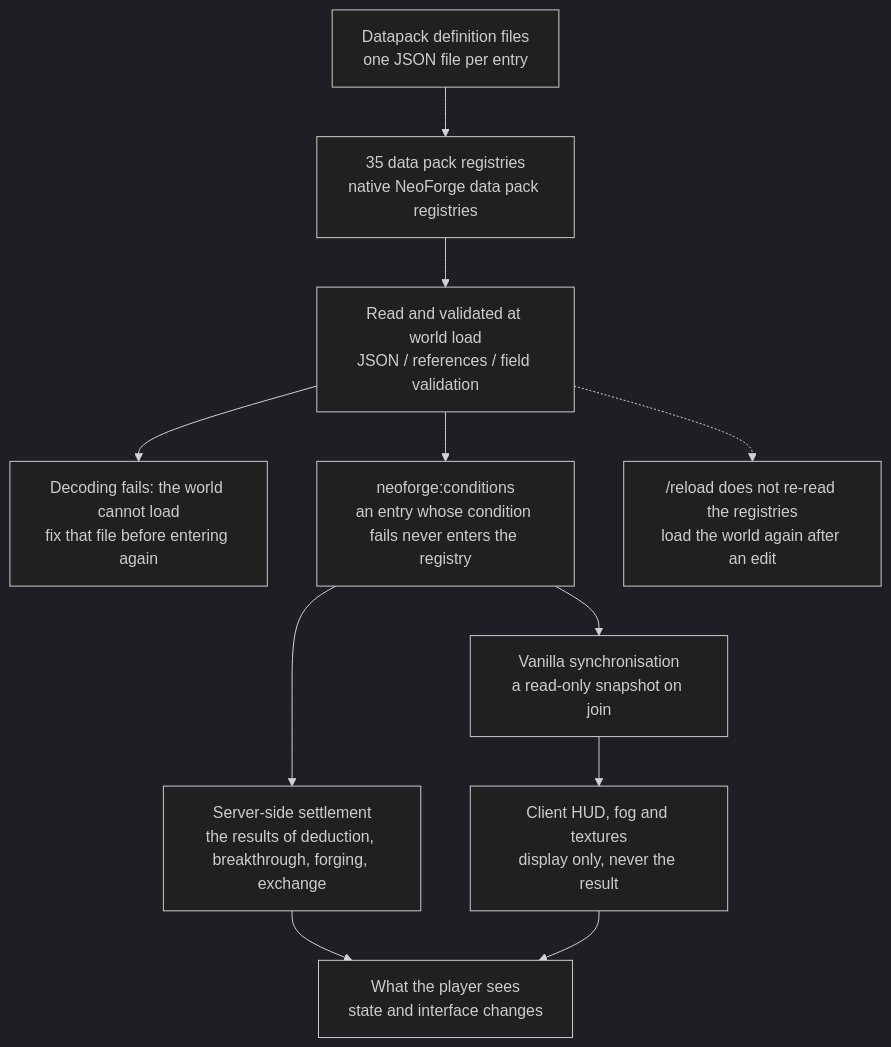
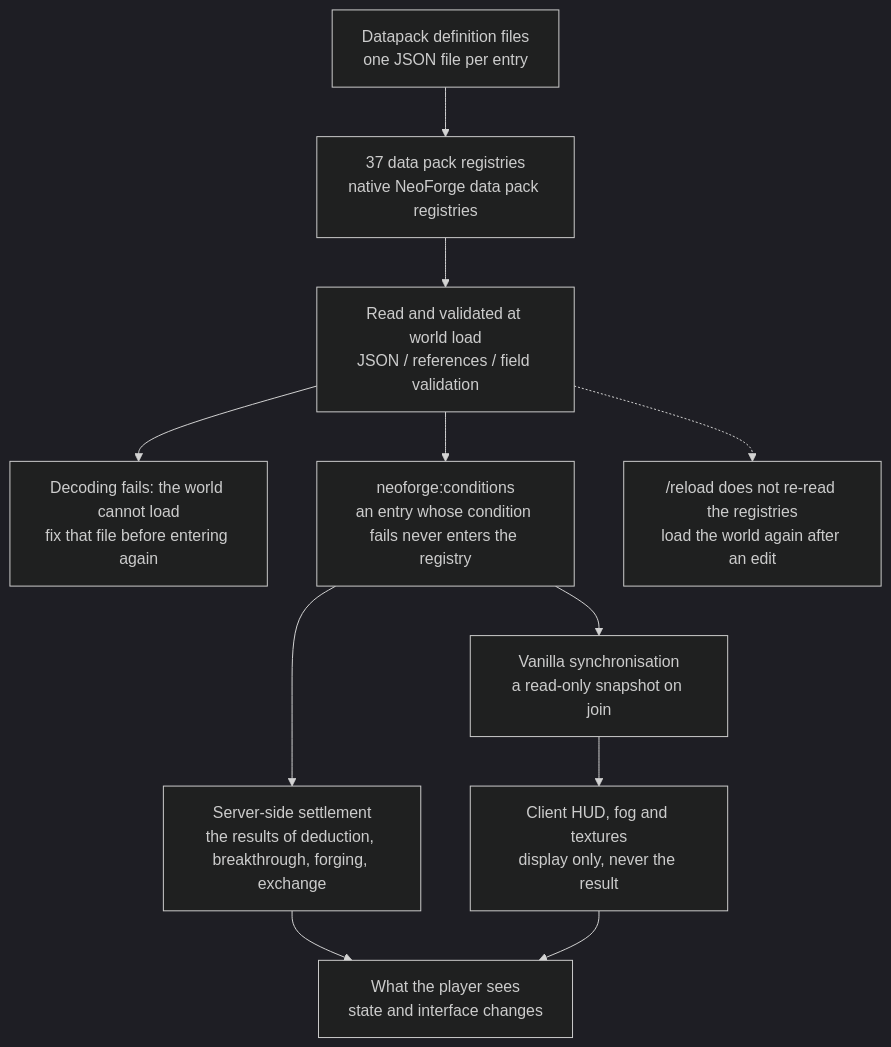
Before and after one commit to IAFEnvoy/mxt-docs: the diagram in docs/en/datapack/overview.md, drawn with Mermaid (dark theme). The commit also changed other lines of this file and 68 other files, not shown here.

````diff
--- a/docs/en/datapack/overview.md
+++ b/docs/en/datapack/overview.md
@@ -116,13 +119,13 @@
 ```mermaid
 flowchart TD
-    A["Datapack definition files<br/>one JSON file per entry"] --> B["35 data pack registries<br/>native NeoForge data pack registries"]
+    A["Datapack definition files<br/>one JSON file per entry"] --> B["37 data pack registries<br/>native NeoForge data pack registries"]
     B --> C["Read and validated at world load<br/>JSON / references / field validation"]
     C --> D["Decoding fails: the world cannot load<br/>fix that file before entering again"]
     C --> E["neoforge:conditions<br/>an entry whose condition fails never enters the registry"]
     E --> F["Vanilla synchronisation<br/>a read-only snapshot on join"]
     E --> G["Server-side settlement<br/>the results of deduction, breakthrough, forging, exchange"]
     F --> H["Client HUD, fog and textures<br/>display only, never the result"]
     G --> I["What the player sees<br/>state and interface changes"]
     H --> I
     C -.-> J["/reload does not re-read the registries<br/>load the world again after an edit"]
 ```
````
